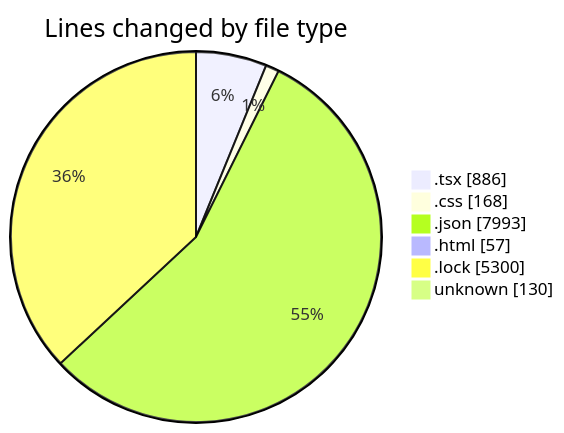
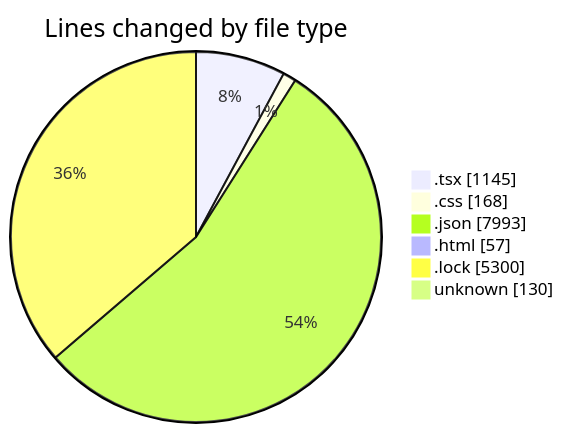
One commit to EIIisD/code-tracking changed the first of 2 diagrams in 2025-08-12/ribbon/README.md. Above: the diagram before and after it, drawn with Mermaid. The commit also changed other lines of this file and 1 other file, not shown here.

````diff
--- a/2025-08-12/ribbon/README.md
+++ b/2025-08-12/ribbon/README.md
@@ -34,10 +34,10 @@
 ```mermaid
 pie showData
 title Lines changed by file type
-".tsx" : 886
+".tsx" : 1145
 ".css" : 168
 ".json" : 7993
 ".html" : 57
 ".lock" : 5300
 "unknown" : 130
 ```
````
